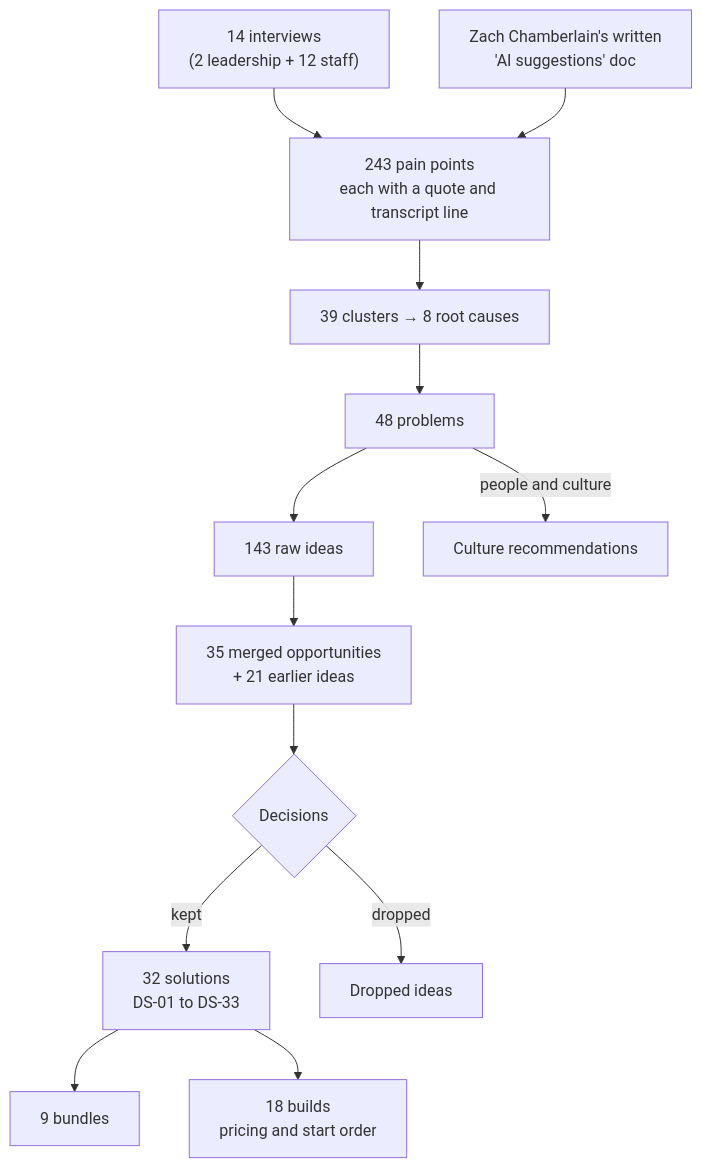
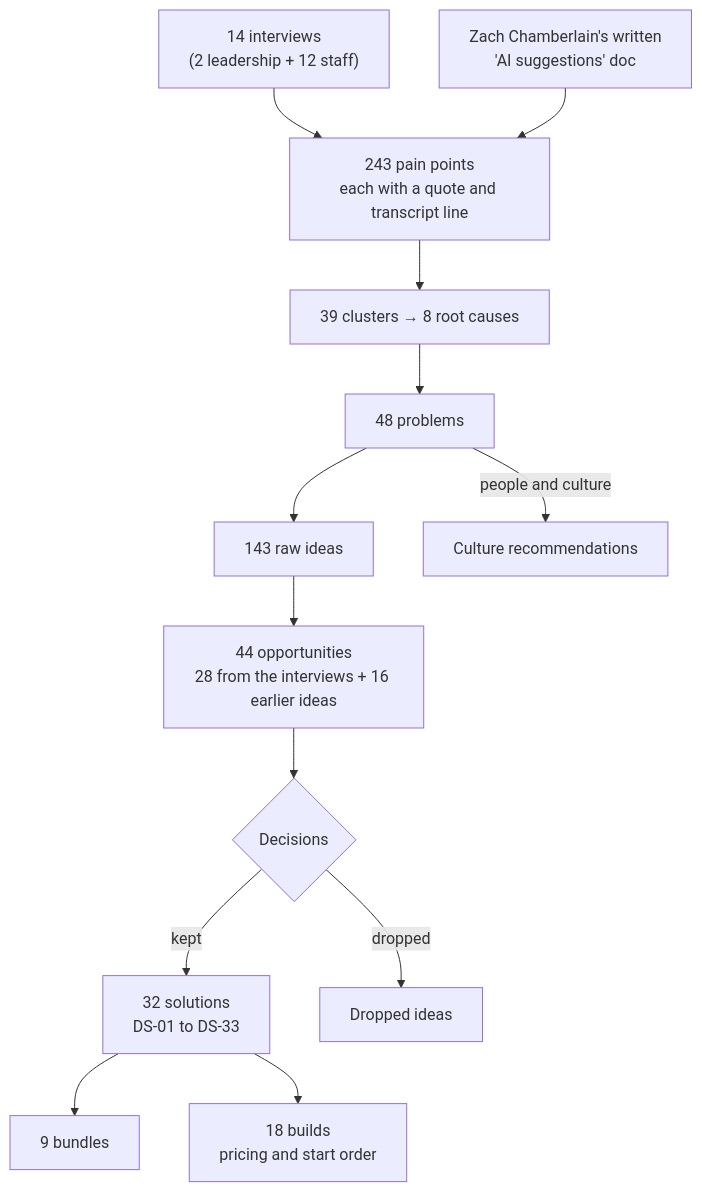
The first of 2 diagrams in README.md (transperaai/aperitif-research-pack), drawn with Mermaid before and after one commit. The commit also changed other lines of this file and 32 other files, not shown here.

````diff
--- a/README.md
+++ b/README.md
@@ -21,15 +21,15 @@
 ```mermaid
 flowchart TD
   I["14 interviews<br/>(2 leadership + 12 staff)"] --> PP["243 pain points<br/>each with a quote and transcript line"]
   W["Zach Chamberlain's written<br/>'AI suggestions' doc"] --> PP
   PP --> CL["39 clusters → 8 root causes"]
   CL --> P["48 problems"]
   P --> RO["143 raw ideas"]
-  RO --> O["35 merged opportunities<br/>+ 21 earlier ideas"]
+  RO --> O["44 opportunities<br/>28 from the interviews + 16 earlier ideas"]
   O --> D{"Decisions"}
   D -->|kept| DS["32 solutions<br/>DS-01 to DS-33"]
   D -->|dropped| NR["Dropped ideas"]
   P -->|people and culture| CR["Culture recommendations"]
   DS --> B["9 bundles"]
   DS --> PR["18 builds<br/>pricing and start order"]
 ```
````
